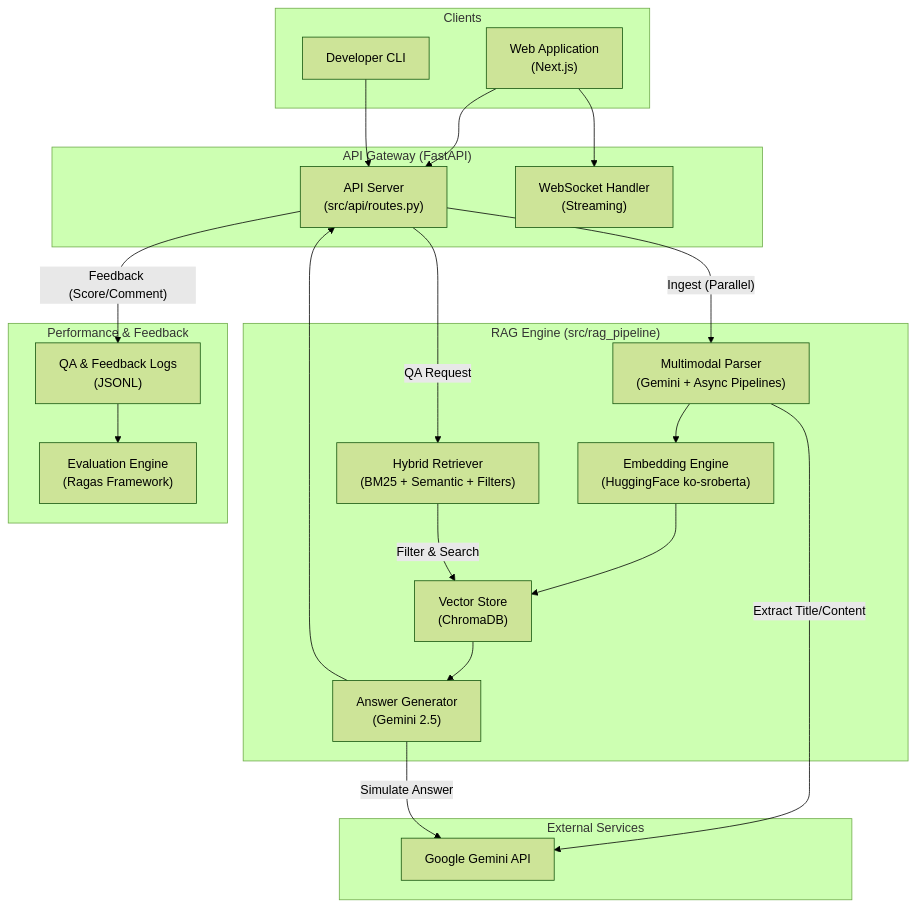
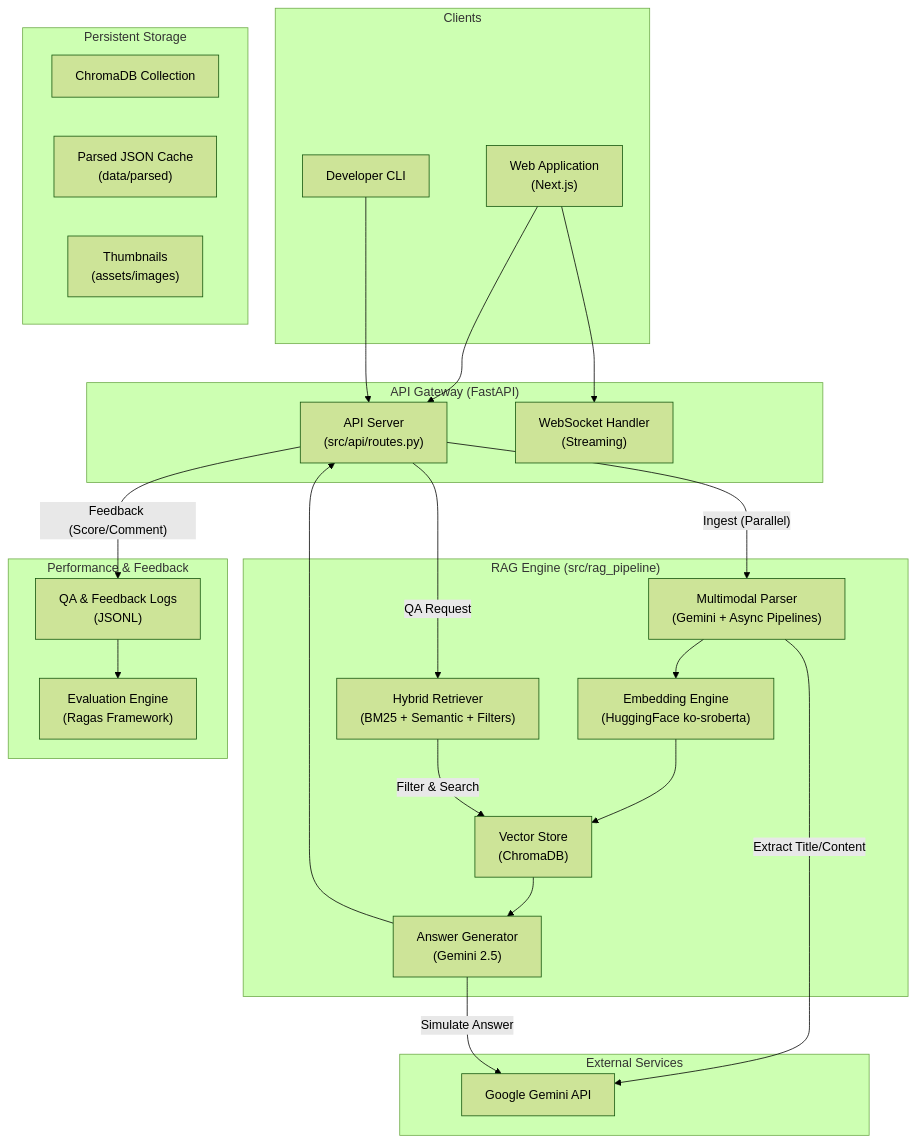
Before and after one commit to Bonggoo/Multimodal_RAG: the diagram in SYSTEM_DESIGN.md, drawn with Mermaid (forest theme). The commit also changed other lines of this file and 8 other files, not shown here.

````diff
--- a/SYSTEM_DESIGN.md
+++ b/SYSTEM_DESIGN.md
@@ -10,47 +10,53 @@
 ```mermaid
 graph TD
     subgraph Clients ["Clients"]
         Web["Web Application<br>(Next.js)"]
         CLI["Developer CLI"]
     end
 
     subgraph APIGateway ["API Gateway (FastAPI)"]
         API["API Server<br>(src/api/routes.py)"]
         WS["WebSocket Handler<br>(Streaming)"]
     end
 
     subgraph RAGEngine ["RAG Engine (src/rag_pipeline)"]
         Parser["Multimodal Parser<br>(Gemini + Async Pipelines)"]
         Embed["Embedding Engine<br>(HuggingFace ko-sroberta)"]
         VectorDB["Vector Store<br>(ChromaDB)"]
         Retriever["Hybrid Retriever<br>(BM25 + Semantic + Filters)"]
         Generator["Answer Generator<br>(Gemini 2.5)"]
+    end
+
+    subgraph Storage ["Persistent Storage"]
+        VectorDB_Files["ChromaDB Collection"]
+        ParsedJSON["Parsed JSON Cache<br>(data/parsed)"]
+        Thumbnails["Thumbnails<br>(assets/images)"]
     end
 
     subgraph Performance ["Performance & Feedback"]
         Logs["QA & Feedback Logs<br>(JSONL)"]
         Eval["Evaluation Engine<br>(Ragas Framework)"]
     end
     
     subgraph ExternalServices ["External Services"]
         Gemini["Google Gemini API"]
     end
 
     %% Flow
     Web --> API
     Web --> WS
     CLI --> API
     
     API -- "Ingest (Parallel)" --> Parser
     Parser -- "Extract Title/Content" --> Gemini
     Parser --> Embed --> VectorDB
     
     API -- "QA Request" --> Retriever
     Retriever -- "Filter & Search" --> VectorDB
     VectorDB --> Generator
     Generator -- "Simulate Answer" --> Gemini
     Generator --> API
     
     API -- "Feedback (Score/Comment)" --> Logs
     Logs --> Eval
 ```
````
